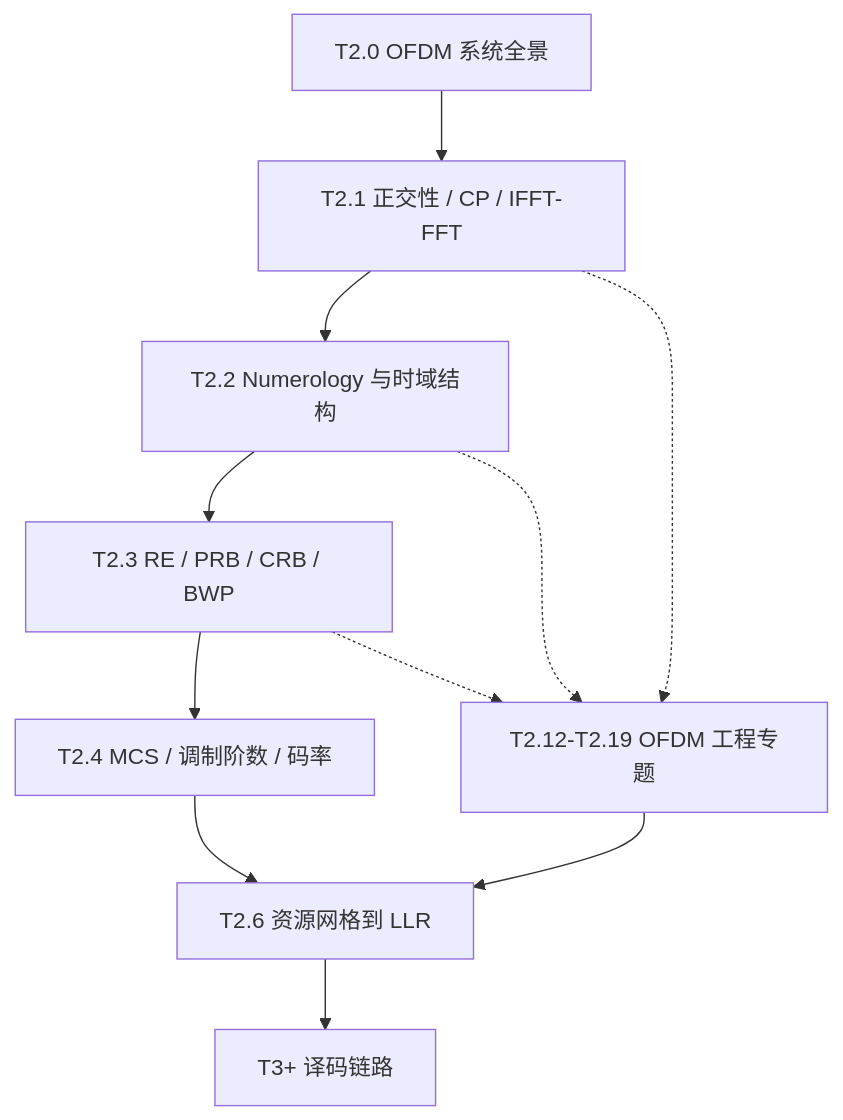
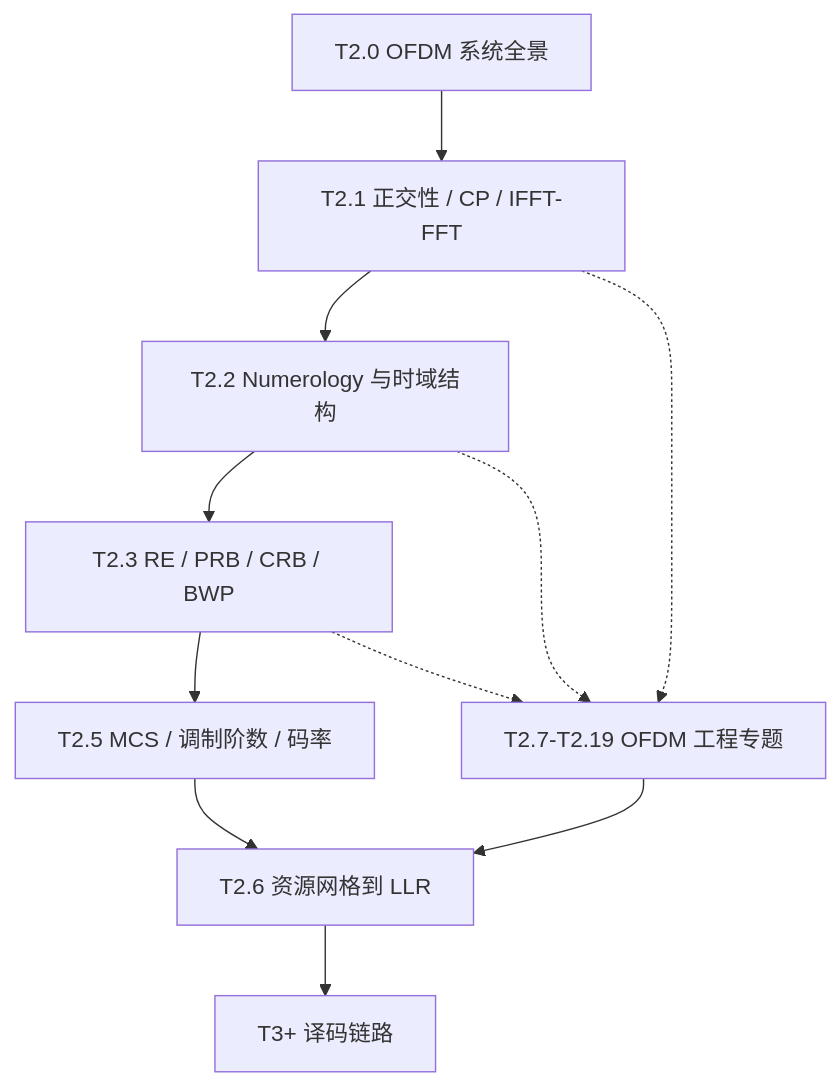
The third of 3 diagrams in 3gpp/docs/L1_基础/T2.0_OFDM_system_overview.md (AuroraYaus/obsidian), drawn with Mermaid before and after one commit. The commit also changed other lines of this file and 132 other files, not shown here.

````diff
--- a/3gpp/docs/L1_基础/T2.0_OFDM_system_overview.md
+++ b/3gpp/docs/L1_基础/T2.0_OFDM_system_overview.md
@@ -178,23 +178,23 @@
 ```mermaid
 %%{init: {'theme': 'default'}}%%
 flowchart TB
     t20["T2.0 OFDM 系统全景"]
     t21["T2.1 正交性 / CP / IFFT-FFT"]
     t22["T2.2 Numerology 与时域结构"]
     t23["T2.3 RE / PRB / CRB / BWP"]
-    t24["T2.4 MCS / 调制阶数 / 码率"]
+    t24["T2.5 MCS / 调制阶数 / 码率"]
     t26["T2.6 资源网格到 LLR"]
-    eng["T2.12-T2.19 OFDM 工程专题"]
+    eng["T2.7-T2.19 OFDM 工程专题"]
     dec["T3+ 译码链路"]
 
     t20 --> t21
     t21 --> t22
     t22 --> t23
     t23 --> t24
     t24 --> t26
     t26 --> dec
     t21 -.-> eng
     t22 -.-> eng
     t23 -.-> eng
     eng --> t26
 ```
````
